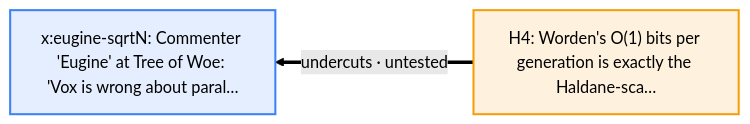
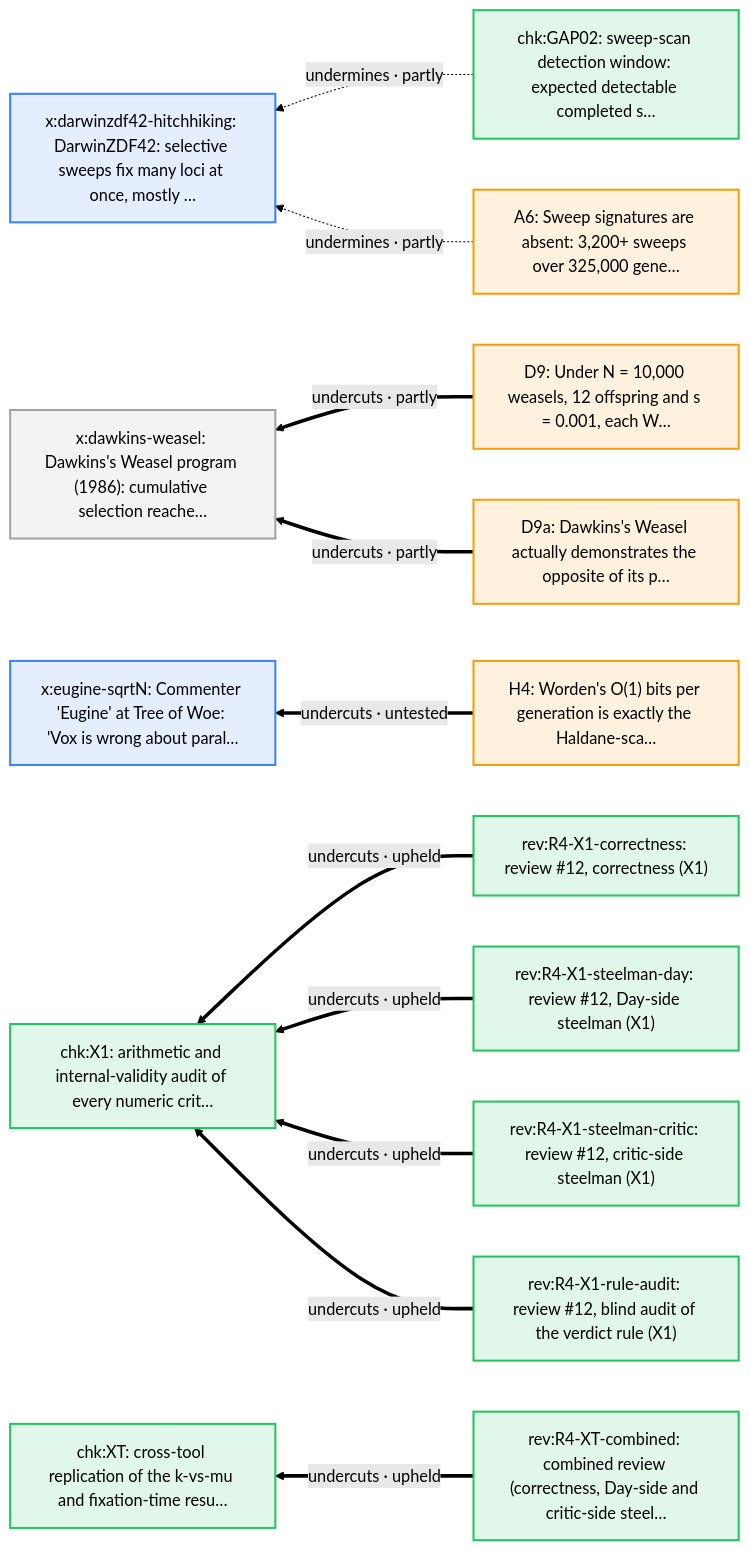
Before and after one commit to nickallevato/evo-sim: diagram 23 of 23 in docs/arguments/defeaters.md, drawn with Mermaid (forest theme). The commit also changed other lines of this file and 20 other files, not shown here.

````diff
--- a/docs/arguments/defeaters.md
+++ b/docs/arguments/defeaters.md
@@ -1239,11 +1252,33 @@
 ```mermaid
 flowchart RL
   classDef day fill:#f59e0b22,stroke:#f59e0b,stroke-width:2px
   classDef ally fill:#d9770622,stroke:#d97706,stroke-width:2px
   classDef critic fill:#3b82f622,stroke:#3b82f6,stroke-width:2px
   classDef literature fill:#a3a3a322,stroke:#a3a3a3,stroke-width:2px
   classDef audit fill:#22c55e22,stroke:#22c55e,stroke-width:2px
+  A6["A6: Sweep signatures are absent: 3,200+ sweeps over 325,000 gene…"]:::day
+  D9["D9: Under N = 10,000 weasels, 12 offspring and s = 0.001, each W…"]:::day
+  D9a["D9a: Dawkins's Weasel actually demonstrates the opposite of its p…"]:::day
   H4["H4: Worden's O(1) bits per generation is exactly the Haldane-sca…"]:::day
+  chk_GAP02["chk:GAP02: sweep-scan detection window: expected detectable completed s…"]:::audit
+  chk_X1["chk:X1: arithmetic and internal-validity audit of every numeric crit…"]:::audit
+  chk_XT["chk:XT: cross-tool replication of the k-vs-mu and fixation-time resu…"]:::audit
+  rev_R4_X1_correctness["rev:R4-X1-correctness: review #12, correctness (X1)"]:::audit
+  rev_R4_X1_rule_audit["rev:R4-X1-rule-audit: review #12, blind audit of the verdict rule (X1)"]:::audit
+  rev_R4_X1_steelman_critic["rev:R4-X1-steelman-critic: review #12, critic-side steelman (X1)"]:::audit
+  rev_R4_X1_steelman_day["rev:R4-X1-steelman-day: review #12, Day-side steelman (X1)"]:::audit
+  rev_R4_XT_combined["rev:R4-XT-combined: combined review (correctness, Day-side and critic-side steel…"]:::audit
+  x_darwinzdf42_hitchhiking["x:darwinzdf42-hitchhiking: DarwinZDF42: selective sweeps fix many loci at once, mostly …"]:::critic
+  x_dawkins_weasel["x:dawkins-weasel: Dawkins's Weasel program (1986): cumulative selection reache…"]:::literature
   x_eugine_sqrtN["x:eugine-sqrtN: Commenter 'Eugine' at Tree of Woe: 'Vox is wrong about paral…"]:::critic
+  rev_R4_X1_correctness ==>|"undercuts · upheld"| chk_X1
+  rev_R4_X1_steelman_day ==>|"undercuts · upheld"| chk_X1
+  rev_R4_X1_steelman_critic ==>|"undercuts · upheld"| chk_X1
+  rev_R4_X1_rule_audit ==>|"undercuts · upheld"| chk_X1
+  rev_R4_XT_combined ==>|"undercuts · upheld"| chk_XT
+  chk_GAP02 -.->|"undermines · partly"| x_darwinzdf42_hitchhiking
+  A6 -.->|"undermines · partly"| x_darwinzdf42_hitchhiking
+  D9 ==>|"undercuts · partly"| x_dawkins_weasel
+  D9a ==>|"undercuts · partly"| x_dawkins_weasel
   H4 ==>|"undercuts · untested"| x_eugine_sqrtN
 ```
````
